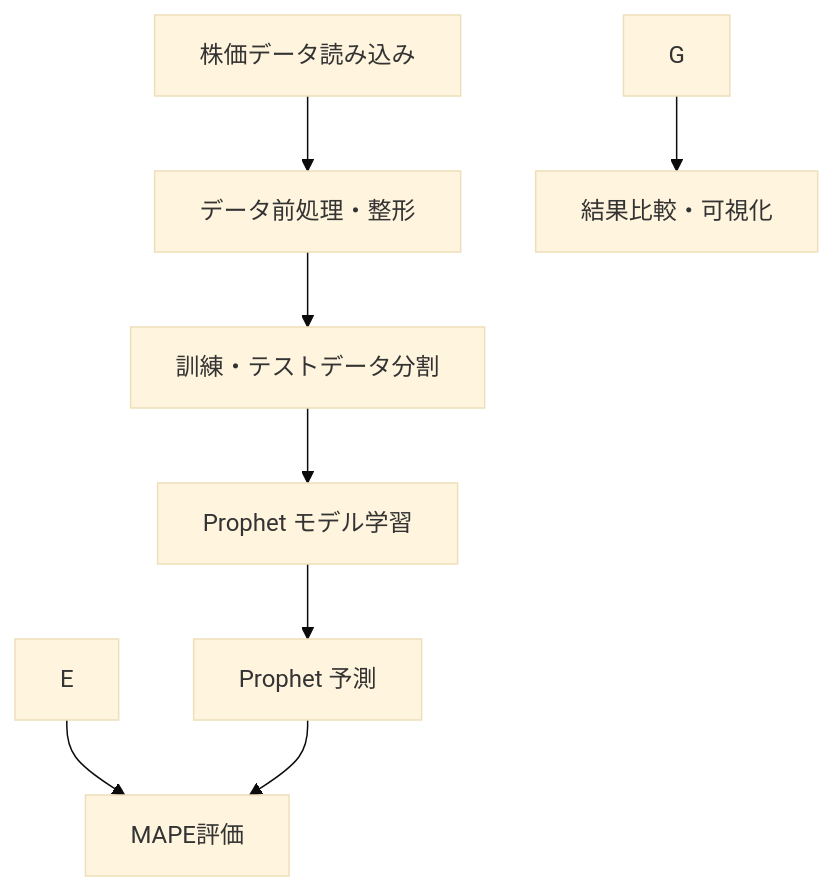
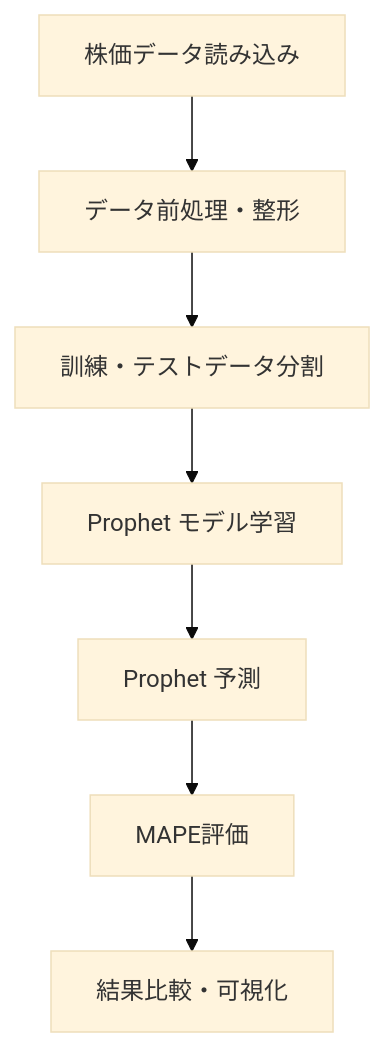
One commit to Charee-Villapong/Trainee changed the diagram in README.md. Above: the diagram before and after it, drawn with Mermaid (base theme).

````diff
--- a/README.md
+++ b/README.md
@@ -70,10 +70,9 @@
 ```mermaid
 graph TD
     A[株価データ読み込み] --> B[データ前処理・整形]
     B --> C[訓練・テストデータ分割]
     C --> D[Prophet モデル学習]
     D --> F[Prophet 予測]
-    E --> H[MAPE評価]
-    F --> H
-    G --> I[結果比較・可視化]
+    F --> H[MAPE評価]
+    H --> I[結果比較・可視化]
 ```
````
